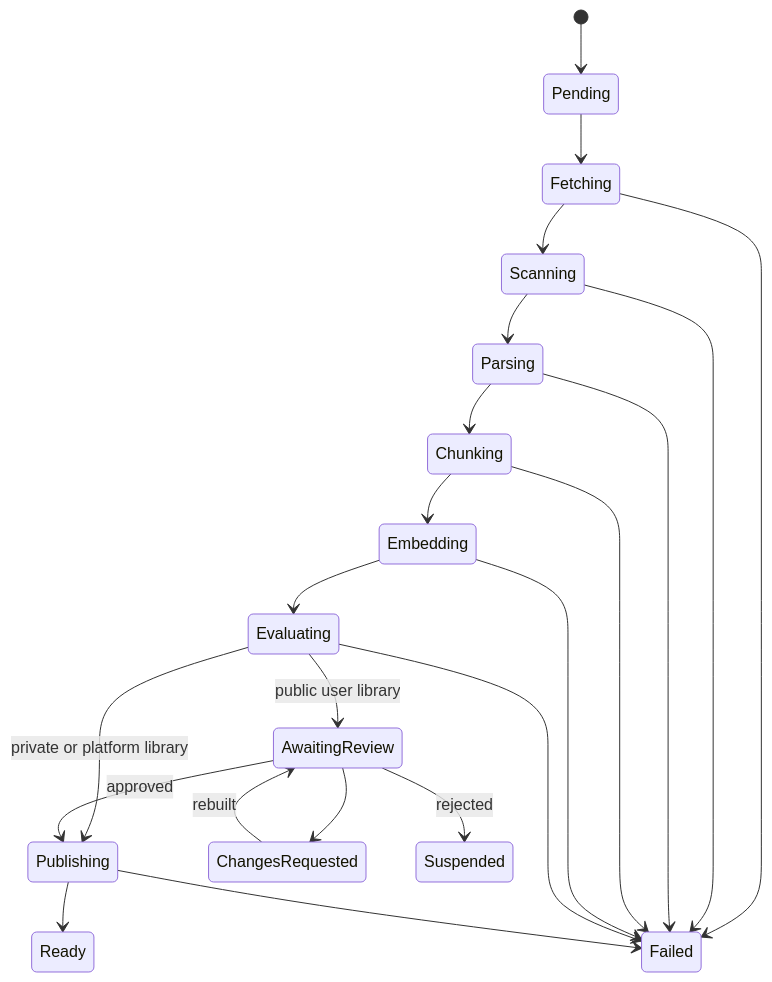
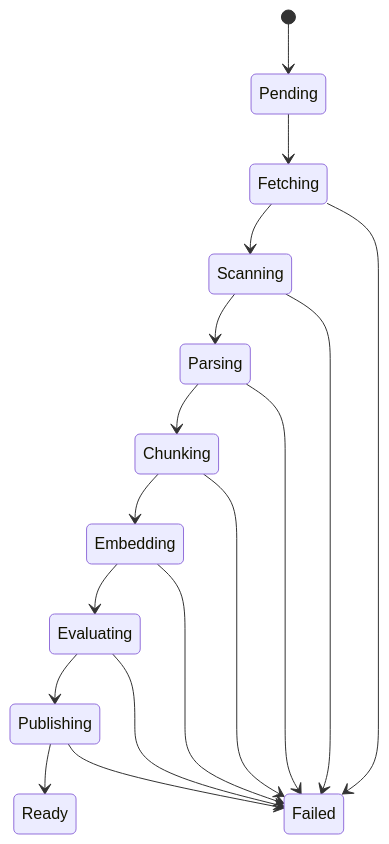
The second of 2 diagrams in architecture.md (symphonyprotocol-lab/re0), drawn with Mermaid before and after one commit. The commit also changed other lines of this file and 5 other files, not shown here.

````diff
--- a/architecture.md
+++ b/architecture.md
@@ -522,24 +568,19 @@
 ```mermaid
 stateDiagram-v2
     [*] --> Pending
     Pending --> Fetching
     Fetching --> Scanning
     Scanning --> Parsing
     Parsing --> Chunking
     Chunking --> Embedding
     Embedding --> Evaluating
-    Evaluating --> AwaitingReview: public user library
-    Evaluating --> Publishing: private or platform library
-    AwaitingReview --> Publishing: approved
-    AwaitingReview --> ChangesRequested
-    ChangesRequested --> AwaitingReview: rebuilt
-    AwaitingReview --> Suspended: rejected
+    Evaluating --> Publishing
     Publishing --> Ready
     Fetching --> Failed
     Scanning --> Failed
     Parsing --> Failed
     Chunking --> Failed
     Embedding --> Failed
     Evaluating --> Failed
     Publishing --> Failed
 ```
````
